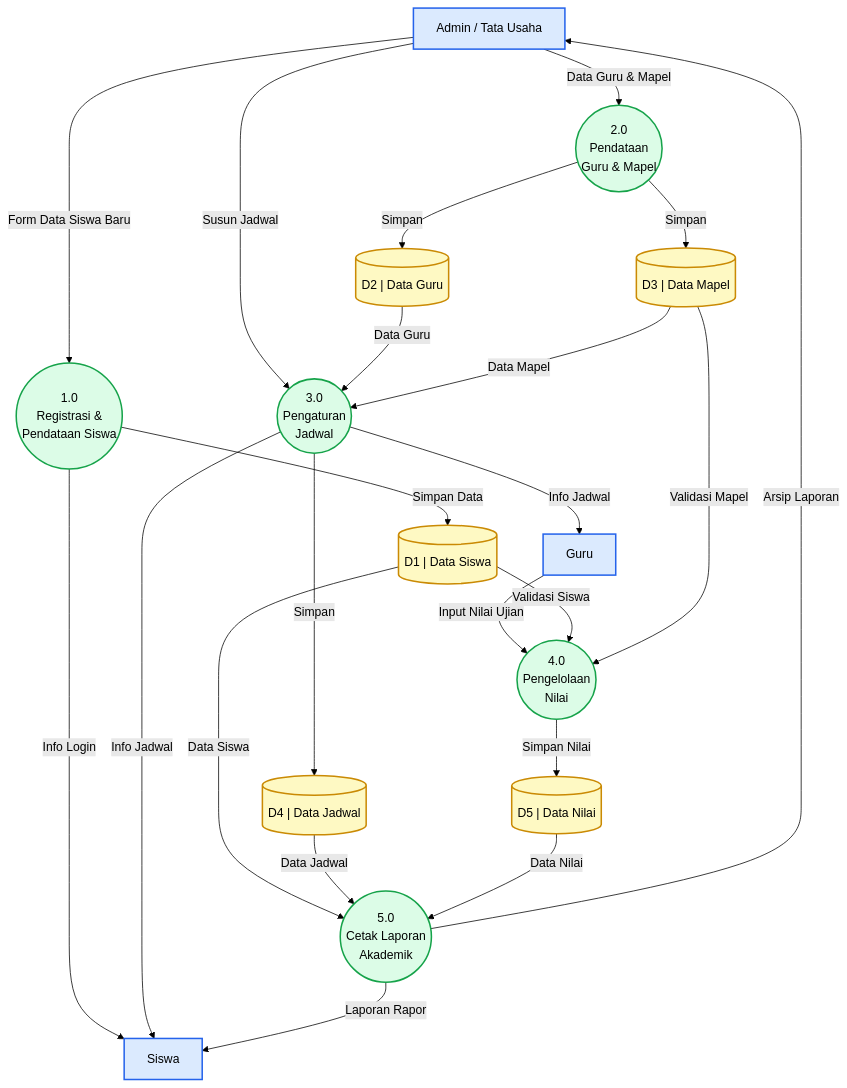
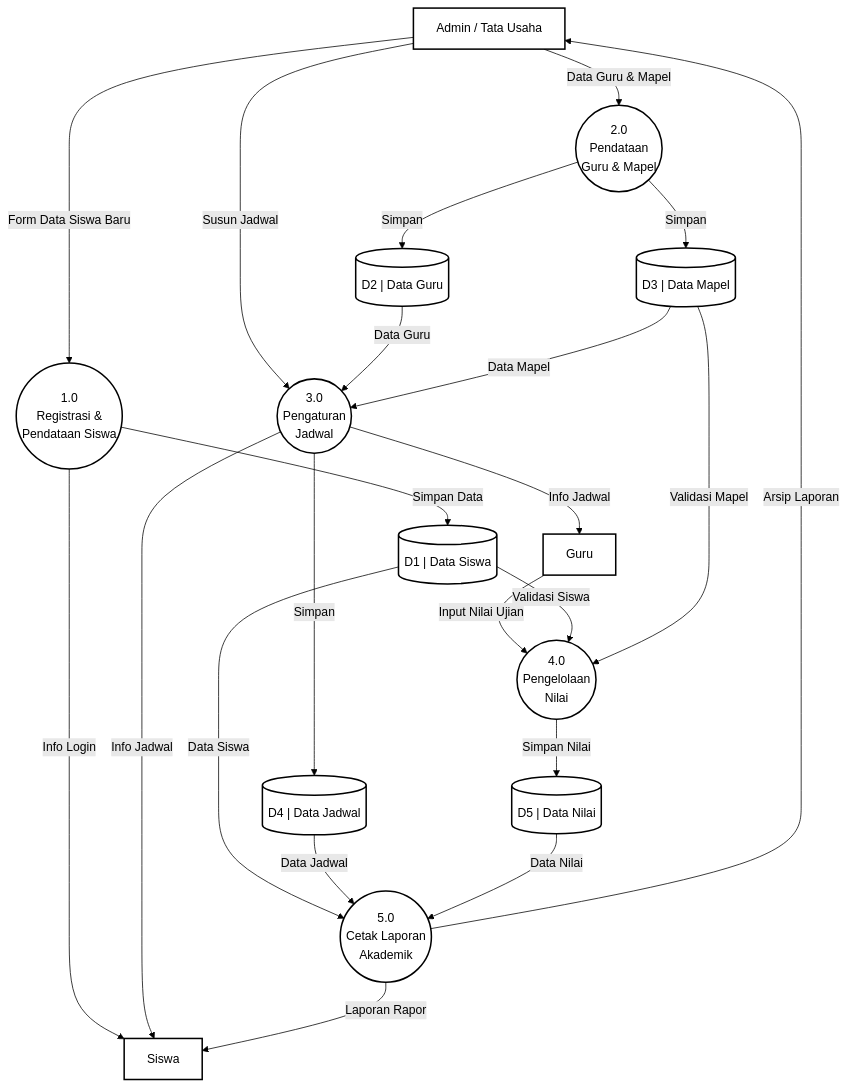
One commit to Aruh1/sias changed the diagram in mermaid/dfd_level_1.md. Above: the diagram before and after it, drawn with Mermaid (forest theme). The commit also changed other lines of this file and 15 other files, not shown here.

Commit message:
update to Yourdon/DeMarco

````diff
--- a/mermaid/dfd_level_1.md
+++ b/mermaid/dfd_level_1.md
@@ -3,69 +4,69 @@
 ```mermaid
 flowchart TD
-    %% ── Entitas Eksternal ──
+    %% ── Entitas Eksternal (kotak persegi) ──
     Admin["Admin / Tata Usaha"]
     Siswa["Siswa"]
     Guru["Guru"]
 
-    %% ── Proses ──
+    %% ── Proses (lingkaran / bubble) ──
     P1(("1.0\nRegistrasi &\nPendataan Siswa"))
     P2(("2.0\nPendataan\nGuru & Mapel"))
     P3(("3.0\nPengaturan\nJadwal"))
     P4(("4.0\nPengelolaan\nNilai"))
     P5(("5.0\nCetak Laporan\nAkademik"))
 
-    %% ── Data Store ──
+    %% ── Data Store (silinder — notasi terdekat di Mermaid) ──
     D1[("D1 | Data Siswa")]
     D2[("D2 | Data Guru")]
     D3[("D3 | Data Mapel")]
     D4[("D4 | Data Jadwal")]
     D5[("D5 | Data Nilai")]
 
     %% ── P1: Registrasi ──
     Admin -- "Form Data Siswa Baru" --> P1
     P1 -- "Simpan Data" --> D1
     P1 -- "Info Login" --> Siswa
 
     %% ── P2: Pendataan Guru & Mapel ──
     Admin -- "Data Guru & Mapel" --> P2
     P2 -- "Simpan" --> D2
     P2 -- "Simpan" --> D3
 
     %% ── P3: Pengaturan Jadwal ──
     Admin -- "Susun Jadwal" --> P3
     D2 -- "Data Guru" --> P3
     D3 -- "Data Mapel" --> P3
     P3 -- "Simpan" --> D4
     P3 -- "Info Jadwal" --> Siswa
     P3 -- "Info Jadwal" --> Guru
 
     %% ── P4: Pengelolaan Nilai ──
     Guru -- "Input Nilai Ujian" --> P4
     D1 -- "Validasi Siswa" --> P4
     D3 -- "Validasi Mapel" --> P4
     P4 -- "Simpan Nilai" --> D5
 
     %% ── P5: Cetak Laporan ──
     D1 -- "Data Siswa" --> P5
     D4 -- "Data Jadwal" --> P5
     D5 -- "Data Nilai" --> P5
     P5 -- "Laporan Rapor" --> Siswa
     P5 -- "Arsip Laporan" --> Admin
 
-    %% ── Styling ──
-    style Admin fill:#dbeafe,stroke:#2563eb,stroke-width:2px,color:#000
-    style Siswa fill:#dbeafe,stroke:#2563eb,stroke-width:2px,color:#000
-    style Guru fill:#dbeafe,stroke:#2563eb,stroke-width:2px,color:#000
+    %% ── Styling (hitam-putih Yourdon/DeMarco) ──
+    style Admin fill:#fff,stroke:#000,stroke-width:2px,color:#000
+    style Siswa fill:#fff,stroke:#000,stroke-width:2px,color:#000
+    style Guru fill:#fff,stroke:#000,stroke-width:2px,color:#000
 
-    style P1 fill:#dcfce7,stroke:#16a34a,stroke-width:2px,color:#000
-    style P2 fill:#dcfce7,stroke:#16a34a,stroke-width:2px,color:#000
-    style P3 fill:#dcfce7,stroke:#16a34a,stroke-width:2px,color:#000
-    style P4 fill:#dcfce7,stroke:#16a34a,stroke-width:2px,color:#000
-    style P5 fill:#dcfce7,stroke:#16a34a,stroke-width:2px,color:#000
+    style P1 fill:#fff,stroke:#000,stroke-width:2px,color:#000
+    style P2 fill:#fff,stroke:#000,stroke-width:2px,color:#000
+    style P3 fill:#fff,stroke:#000,stroke-width:2px,color:#000
+    style P4 fill:#fff,stroke:#000,stroke-width:2px,color:#000
+    style P5 fill:#fff,stroke:#000,stroke-width:2px,color:#000
 
-    style D1 fill:#fef9c3,stroke:#ca8a04,stroke-width:2px,color:#000
-    style D2 fill:#fef9c3,stroke:#ca8a04,stroke-width:2px,color:#000
-    style D3 fill:#fef9c3,stroke:#ca8a04,stroke-width:2px,color:#000
-    style D4 fill:#fef9c3,stroke:#ca8a04,stroke-width:2px,color:#000
-    style D5 fill:#fef9c3,stroke:#ca8a04,stroke-width:2px,color:#000
+    style D1 fill:#fff,stroke:#000,stroke-width:2px,color:#000
+    style D2 fill:#fff,stroke:#000,stroke-width:2px,color:#000
+    style D3 fill:#fff,stroke:#000,stroke-width:2px,color:#000
+    style D4 fill:#fff,stroke:#000,stroke-width:2px,color:#000
+    style D5 fill:#fff,stroke:#000,stroke-width:2px,color:#000
 ```
````
